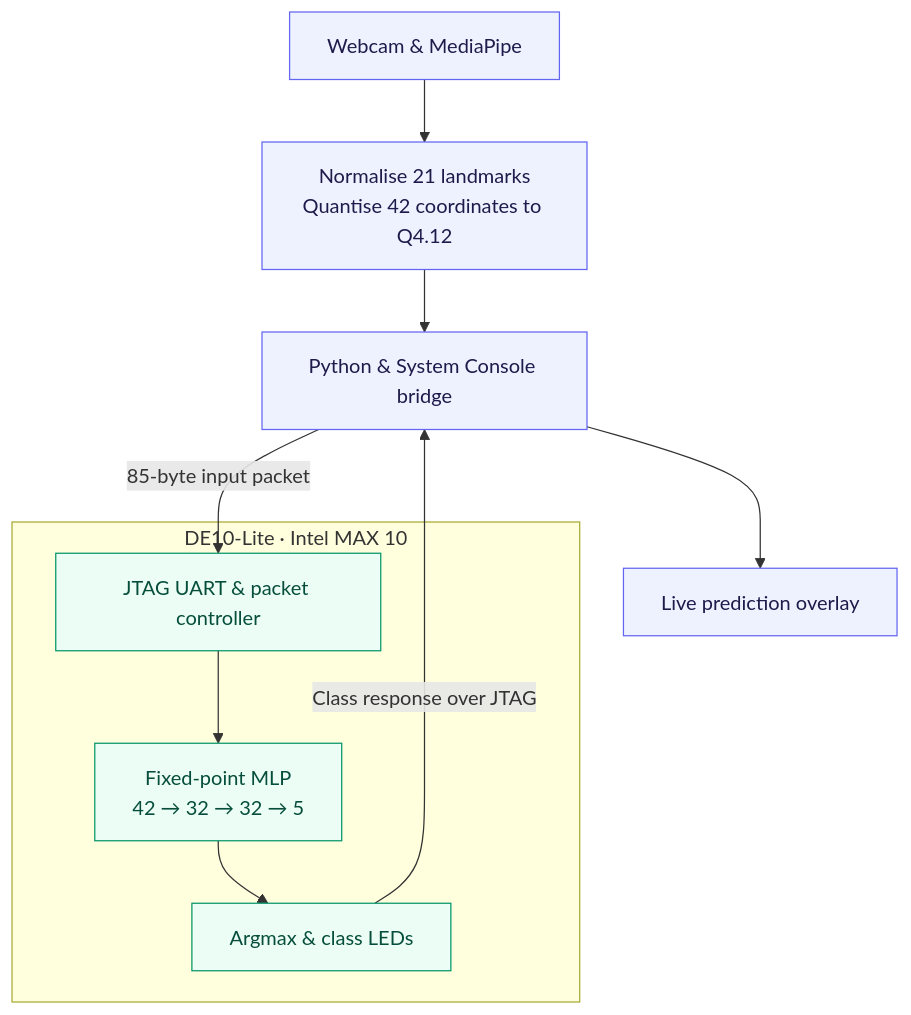
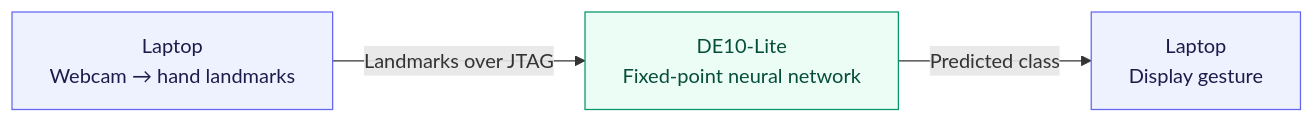
Before and after one commit to JamesGossy/fpga-hand-gesture-classifier: the diagram in README.md, drawn with Mermaid. The commit also changed other lines of this file, not shown here.

Commit message:
Simplify pipeline diagram and restore latency comparison

````diff
--- a/README.md
+++ b/README.md
@@ -20,23 +20,14 @@
 ```mermaid
-flowchart TB
-    camera["Webcam & MediaPipe"]
-    features["Normalise 21 landmarks<br/>Quantise 42 coordinates to Q4.12"]
-    bridge["Python & System Console bridge"]
+flowchart LR
+    laptop["Laptop<br/>Webcam → hand landmarks"]
+    fpga["DE10-Lite<br/>Fixed-point neural network"]
+    result["Laptop<br/>Display gesture"]
 
-    subgraph fpga["DE10-Lite · Intel MAX 10"]
-        interface["JTAG UART & packet controller"]
-        network["Fixed-point MLP<br/>42 → 32 → 32 → 5"]
-        result["Argmax & class LEDs"]
-        interface --> network --> result
-    end
-
-    camera --> features --> bridge
-    bridge -->|85-byte input packet| interface
-    result -->|Class response over JTAG| bridge
-    bridge --> overlay["Live prediction overlay"]
+    laptop -->|Landmarks over JTAG| fpga
+    fpga -->|Predicted class| result
 
     classDef host fill:#eef2ff,stroke:#6366f1,color:#1e1b4b
     classDef hardware fill:#ecfdf5,stroke:#059669,color:#064e3b
-    class camera,features,bridge,overlay host
-    class interface,network,result hardware
+    class laptop,result host
+    class fpga hardware
 ```
````
